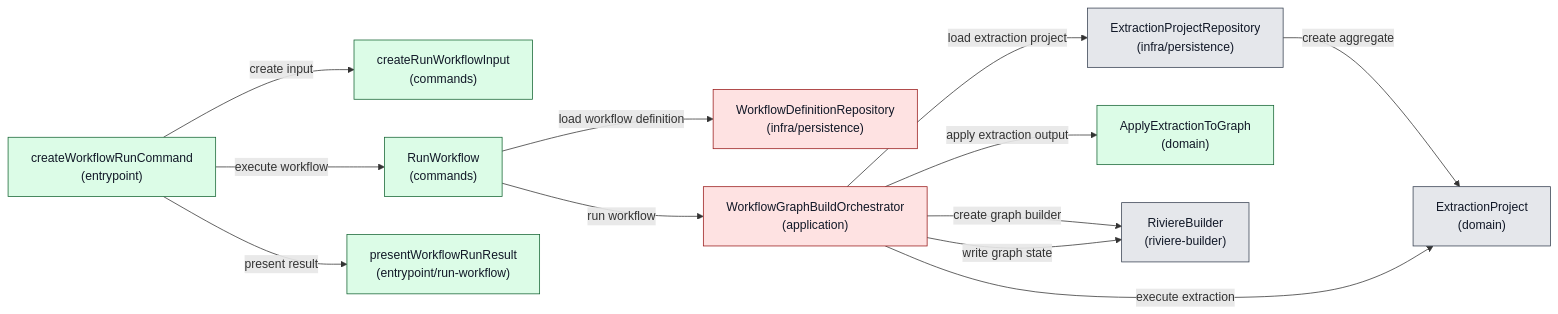
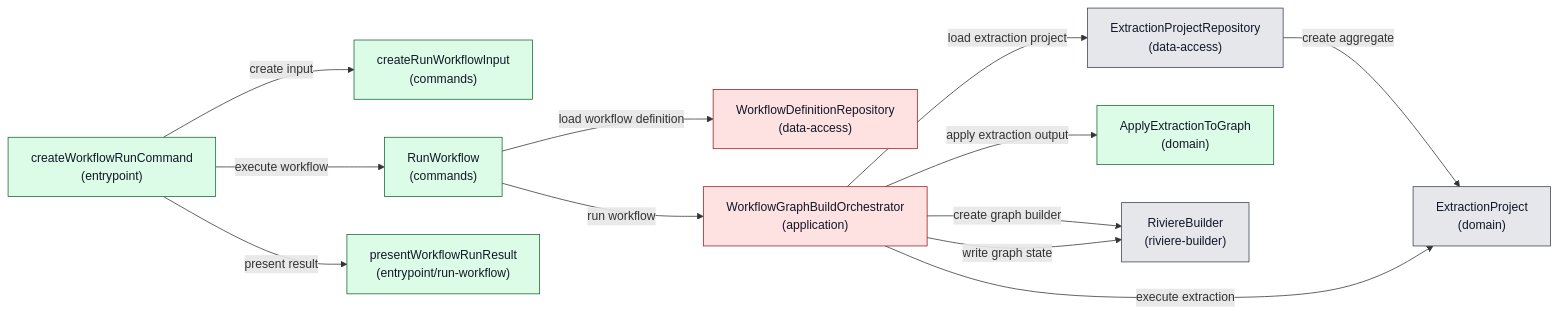
The fifth of 5 diagrams in docs/project/PRD/riviere-extraction-workflows-v1/ARCH.md (NTCoding/living-architecture), drawn with Mermaid before and after one commit. The commit also changed other lines of this file and 334 other files, not shown here.

Commit message:
refactor: enforce declarative architecture locations

````diff
--- a/docs/project/PRD/riviere-extraction-workflows-v1/ARCH.md
+++ b/docs/project/PRD/riviere-extraction-workflows-v1/ARCH.md
@@ -857,40 +857,40 @@
 ```mermaid
 flowchart LR
   entrypoint["createWorkflowRunCommand<br/>(entrypoint)"]
   inputFactory["createRunWorkflowInput<br/>(commands)"]
   useCase["RunWorkflow<br/>(commands)"]
-  workflowRepository["WorkflowDefinitionRepository<br/>(infra/persistence)"]
+  workflowRepository["WorkflowDefinitionRepository<br/>(data-access)"]
   orchestrator["WorkflowGraphBuildOrchestrator<br/>(application)"]
-  extractionRepository["ExtractionProjectRepository<br/>(infra/persistence)"]
+  extractionRepository["ExtractionProjectRepository<br/>(data-access)"]
   extractionProject["ExtractionProject<br/>(domain)"]
   graphApplier["ApplyExtractionToGraph<br/>(domain)"]
   builder["RiviereBuilder<br/>(riviere-builder)"]
   formatter["presentWorkflowRunResult<br/>(entrypoint/run-workflow)"]
 
   entrypoint -->|create input| inputFactory
   entrypoint -->|execute workflow| useCase
   useCase -->|load workflow definition| workflowRepository
   useCase -->|run workflow| orchestrator
   orchestrator -->|load extraction project| extractionRepository
   extractionRepository -->|create aggregate| extractionProject
   orchestrator -->|execute extraction| extractionProject
   orchestrator -->|create graph builder| builder
   orchestrator -->|apply extraction output| graphApplier
   orchestrator -->|write graph state| builder
   entrypoint -->|present result| formatter
 
   classDef statusExisting fill:#e5e7eb,stroke:#374151,color:#111827
   classDef statusChanged fill:#fef3c7,stroke:#92400e,color:#111827
   classDef statusNew fill:#dcfce7,stroke:#166534,color:#111827
   classDef statusRejected fill:#fee2e2,stroke:#991b1b,color:#111827
   class entrypoint statusNew
   class inputFactory statusNew
   class useCase statusNew
   class workflowRepository statusRejected
   class orchestrator statusRejected
   class extractionRepository statusExisting
   class extractionProject statusExisting
   class graphApplier statusNew
   class builder statusExisting
   class formatter statusNew
 ```
````
